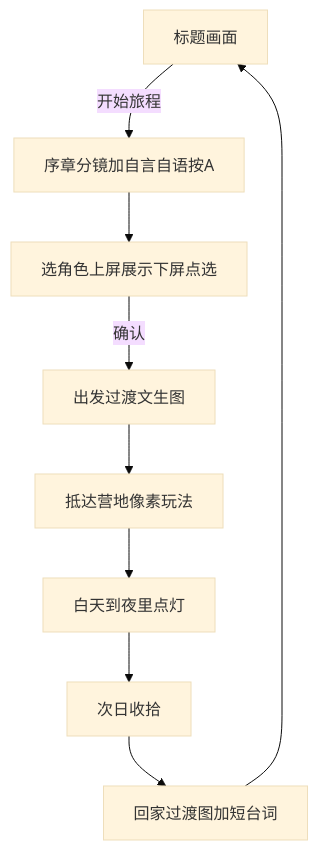
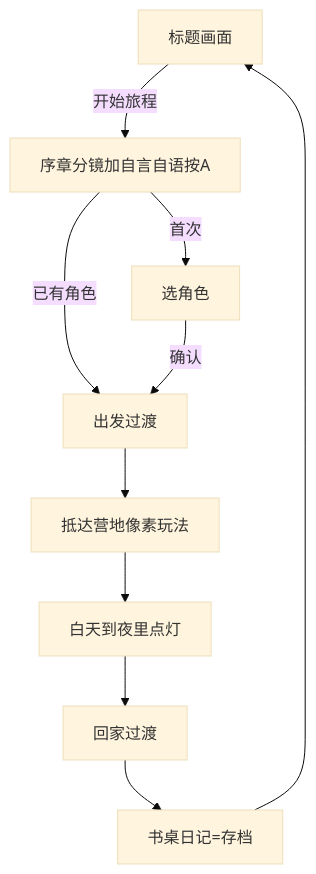
One commit to jqlong17/camping-trip changed the first of 2 diagrams in docs/游戏设计-SPEC.md. Above: the diagram before and after it, drawn with Mermaid (base theme). The commit also changed other lines of this file and 718 other files, not shown here.

````diff
--- a/docs/游戏设计-SPEC.md
+++ b/docs/游戏设计-SPEC.md
@@ -54,11 +57,12 @@
 ```mermaid
 flowchart TD
   Title[标题画面] -->|开始旅程| Prologue[序章分镜加自言自语按A]
-  Prologue --> Cast[选角色上屏展示下屏点选]
-  Cast -->|确认| Depart[出发过渡文生图]
+  Prologue -->|首次| Cast[选角色]
+  Prologue -->|已有角色| Depart
+  Cast -->|确认| Depart[出发过渡]
   Depart --> Camp[抵达营地像素玩法]
   Camp --> DayCycle[白天到夜里点灯]
-  DayCycle --> Pack[次日收拾]
-  Pack --> Home[回家过渡图加短台词]
-  Home --> Title
+  DayCycle --> Home[回家过渡]
+  Home --> Diary[书桌日记=存档]
+  Diary --> Title
 ```
````
